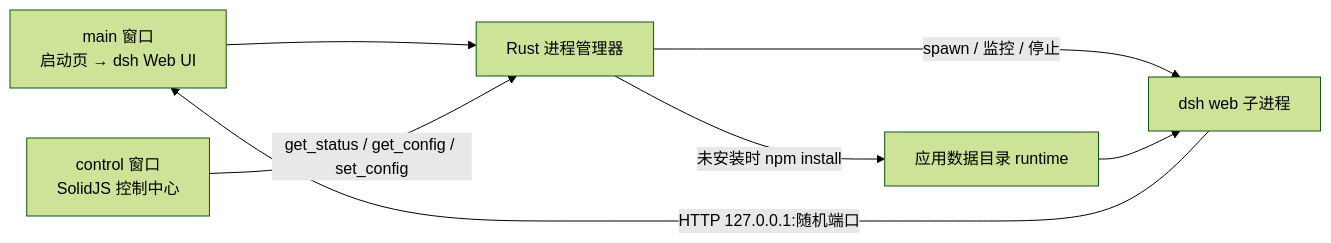
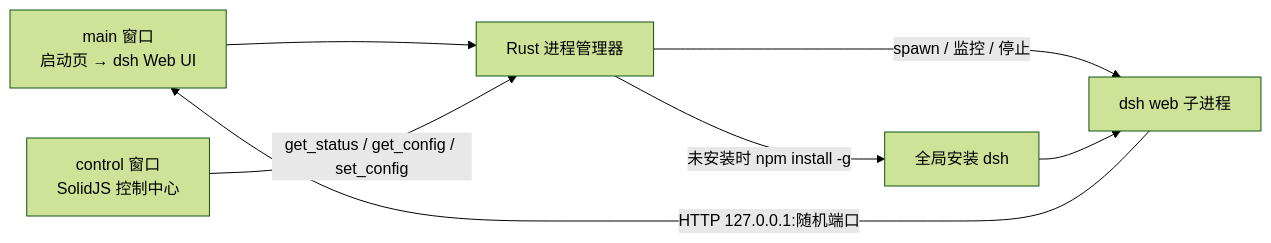
Before and after one commit to NoelOrin/dsh-desktop: the diagram in README.md, drawn with Mermaid (forest theme). The commit also changed other lines of this file and 36 other files, not shown here.

````diff
--- a/README.md
+++ b/README.md
@@ -29,9 +29,9 @@
 ```mermaid
 flowchart LR
   A[main 窗口<br/>启动页 → dsh Web UI] --> B[Rust 进程管理器]
   B -->|spawn / 监控 / 停止| C[dsh web 子进程]
   C -->|HTTP 127.0.0.1:随机端口| A
-  B -->|未安装时 npm install| D[应用数据目录 runtime]
+  B -->|未安装时 npm install -g| D[全局安装 dsh]
   D --> C
   E[control 窗口<br/>SolidJS 控制中心] -->|get_status / get_config / set_config| B
 ```
````
